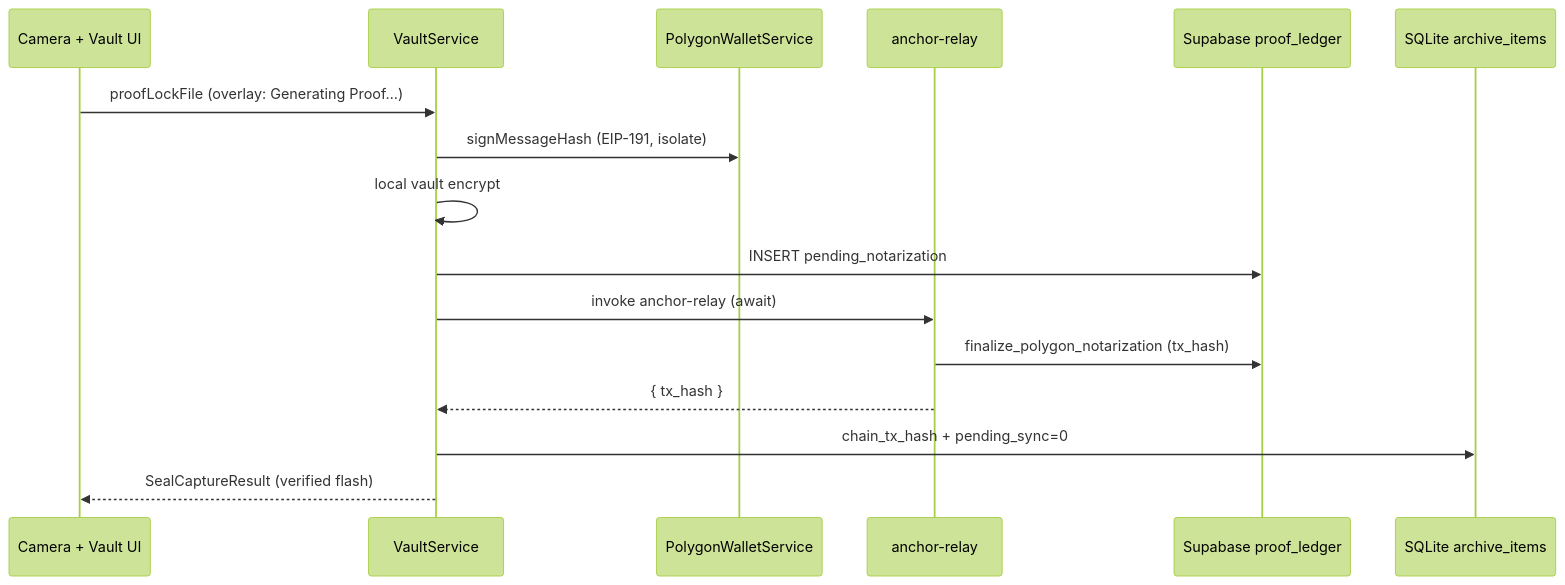
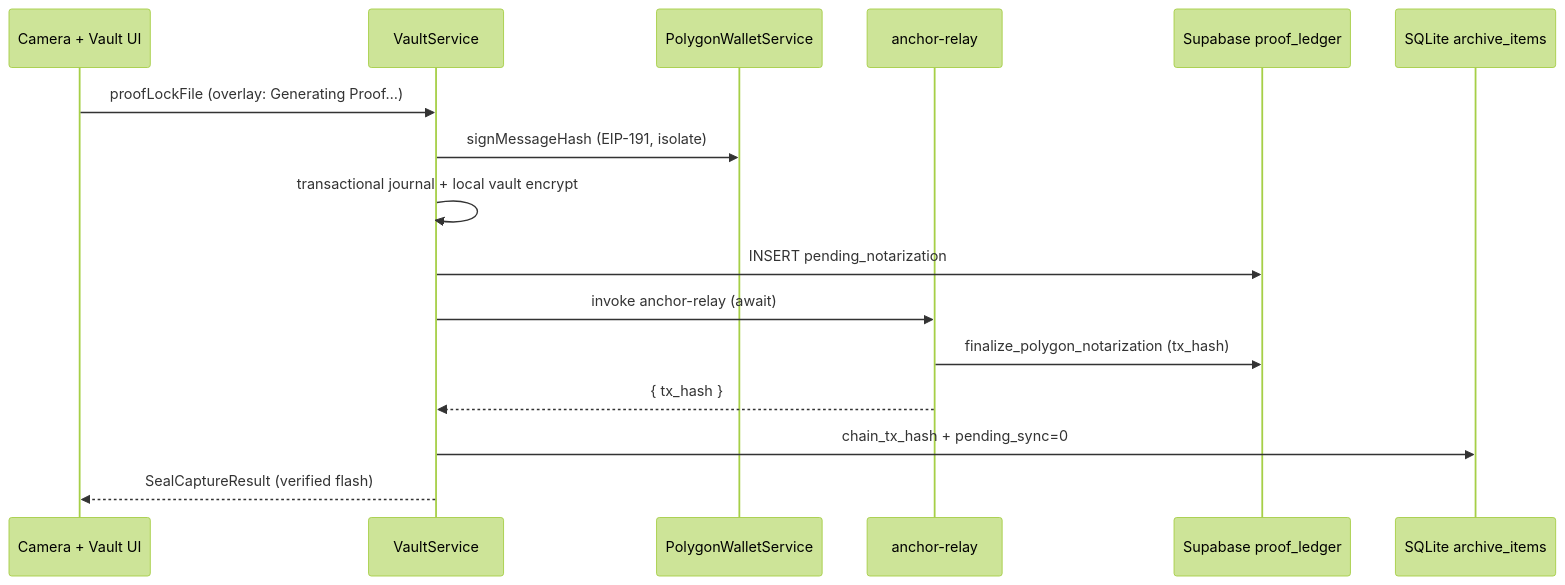
One commit to PensorCTO/SnapSeal changed the diagram in wiki/analyses/Polygon_Saga_Live.md. Above: the diagram before and after it, drawn with Mermaid (forest theme). The commit also changed other lines of this file and 43 other files, not shown here.

First line of the commit message:
Add transactional vault journal and harden capture QA on device.

````diff
--- a/wiki/analyses/Polygon_Saga_Live.md
+++ b/wiki/analyses/Polygon_Saga_Live.md
@@ -28,19 +31,19 @@
 ```mermaid
 sequenceDiagram
     participant UI as Camera + Vault UI
     participant VS as VaultService
     participant WS as PolygonWalletService
     participant ER as anchor-relay
     participant DB as Supabase proof_ledger
     participant SQL as SQLite archive_items
 
     UI->>VS: proofLockFile (overlay: Generating Proof…)
     VS->>WS: signMessageHash (EIP-191, isolate)
-    VS->>VS: local vault encrypt
+    VS->>VS: transactional journal + local vault encrypt
     VS->>DB: INSERT pending_notarization
     VS->>ER: invoke anchor-relay (await)
     ER->>DB: finalize_polygon_notarization (tx_hash)
     ER-->>VS: { tx_hash }
     VS->>SQL: chain_tx_hash + pending_sync=0
     VS-->>UI: SealCaptureResult (verified flash)
 ```
````
